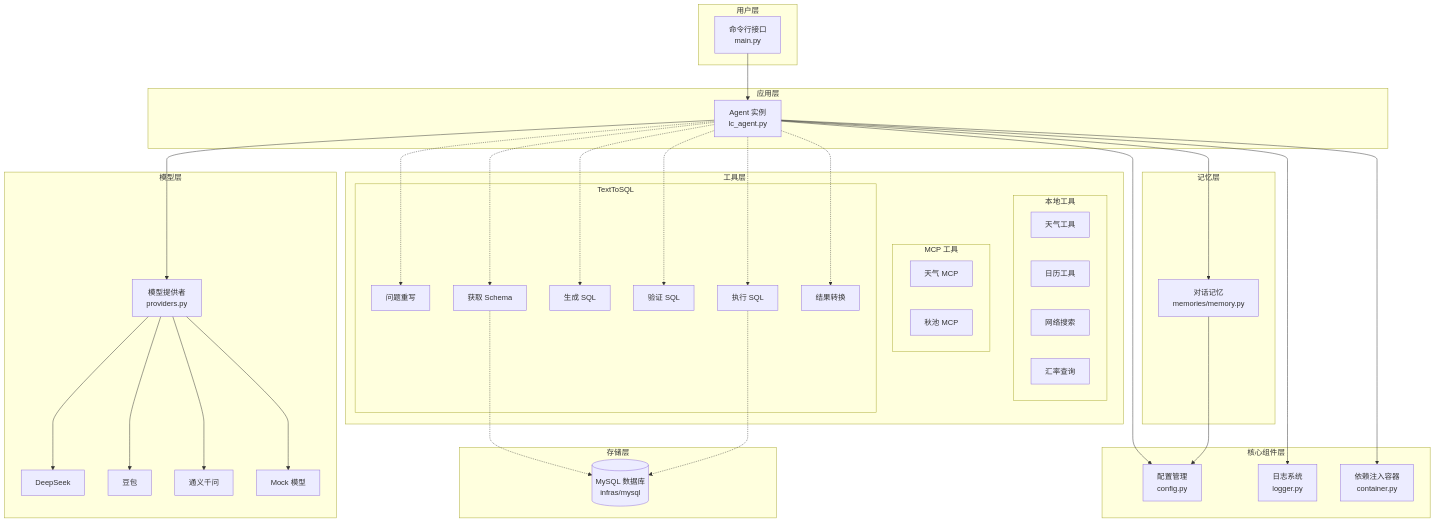
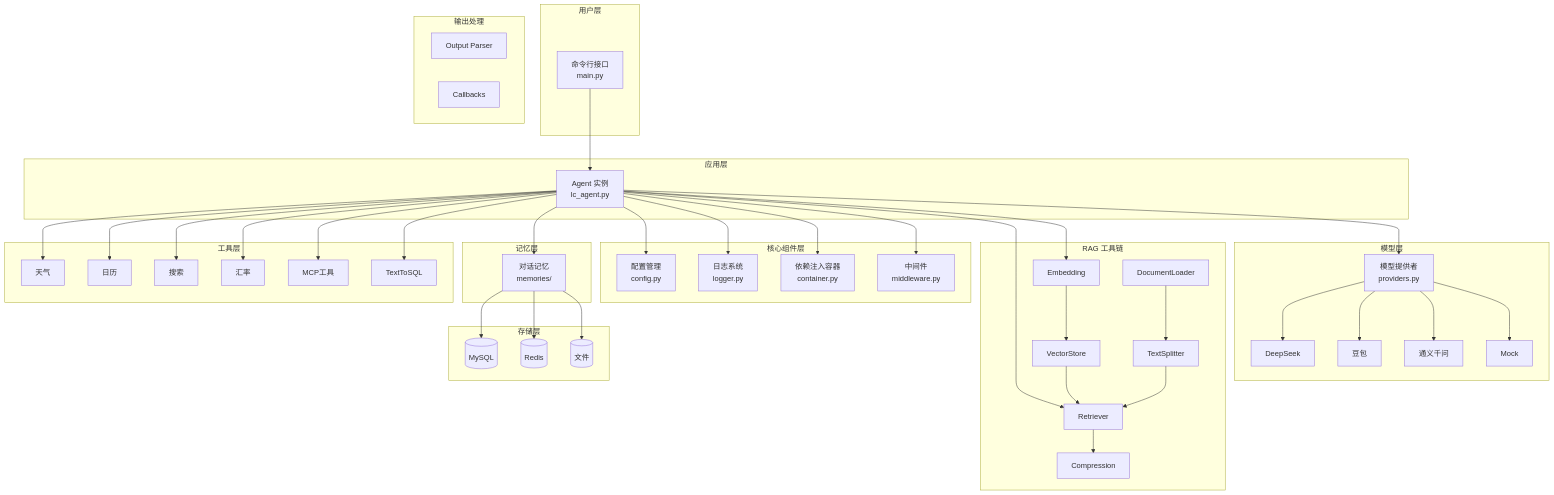
One commit to chain-engine/x-langchain changed the first of 3 diagrams in README.md. Above: the diagram before and after it, drawn with Mermaid. The commit also changed other lines of this file and 12 other files, not shown here.

````diff
--- a/README.md
+++ b/README.md
@@ -140,64 +192,68 @@
 ```mermaid
 graph TB
     subgraph 用户层
         CLI[命令行接口<br/>main.py]
     end
 
     subgraph 应用层
         AG[Agent 实例<br/>lc_agent.py]
     end
 
     subgraph 核心组件层
         CFG[配置管理<br/>config.py]
         LOG[日志系统<br/>logger.py]
         CTN[依赖注入容器<br/>container.py]
+        MID[中间件<br/>middleware.py]
     end
 
     subgraph 记忆层
-        MM[对话记忆<br/>memories/memory.py]
+        MM[对话记忆<br/>memories/]
     end
 
     subgraph 模型层
         MF[模型提供者<br/>providers.py]
         DS[DeepSeek]
         DJ[豆包]
         TY[通义千问]
-        MK[Mock 模型]
+        MK[Mock]
+    end
+
+    subgraph RAG 工具链
+        ED[Embedding]
+        VS[VectorStore]
+        DL[DocumentLoader]
+        SP[TextSplitter]
+        RT[Retriever]
+        CM[Compression]
     end
 
     subgraph 工具层
-        subgraph 本地工具
-            WT[天气工具]
-            CT[日历工具]
-            WS[网络搜索]
-            ER[汇率查询]
-        end
-        subgraph MCP 工具
-            WMCP[天气 MCP]
-            QMCP[秋池 MCP]
-        end
-        subgraph TextToSQL
-            QR[问题重写]
-            GS[获取 Schema]
-            SG[生成 SQL]
-            VS[验证 SQL]
-            ES[执行 SQL]
-            CN[结果转换]
-        end
+        WT[天气]
+        CT[日历]
+        WS[搜索]
+        ER[汇率]
+        MCP[MCP工具]
+        SQL[TextToSQL]
+    end
+
+    subgraph 输出处理
+        OP[Output Parser]
+        CB[Callbacks]
     end
 
     subgraph 存储层
-        DB[(MySQL 数据库<br/>infras/mysql)]
+        DB[(MySQL)]
+        RD[(Redis)]
+        FS[(文件)]
     end
 
     CLI --> AG
-    AG --> MM
-    AG --> MF
-    AG --> CFG & LOG & CTN
-    MM --> CFG
+    AG --> MM & MF & ED & RT & WT & CT & WS & ER & SQL & MCP
+    AG --> CFG & LOG & CTN & MID
+    MM --> FS & RD & DB
     MF --> DS & DJ & TY & MK
-
-    AG -.-> QR & GS & SG & VS & ES & CN
-    GS -.-> DB
-    ES -.-> DB
+    ED --> VS
+    VS --> RT
+    DL --> SP --> RT
+    RT --> CM
 ```
````
